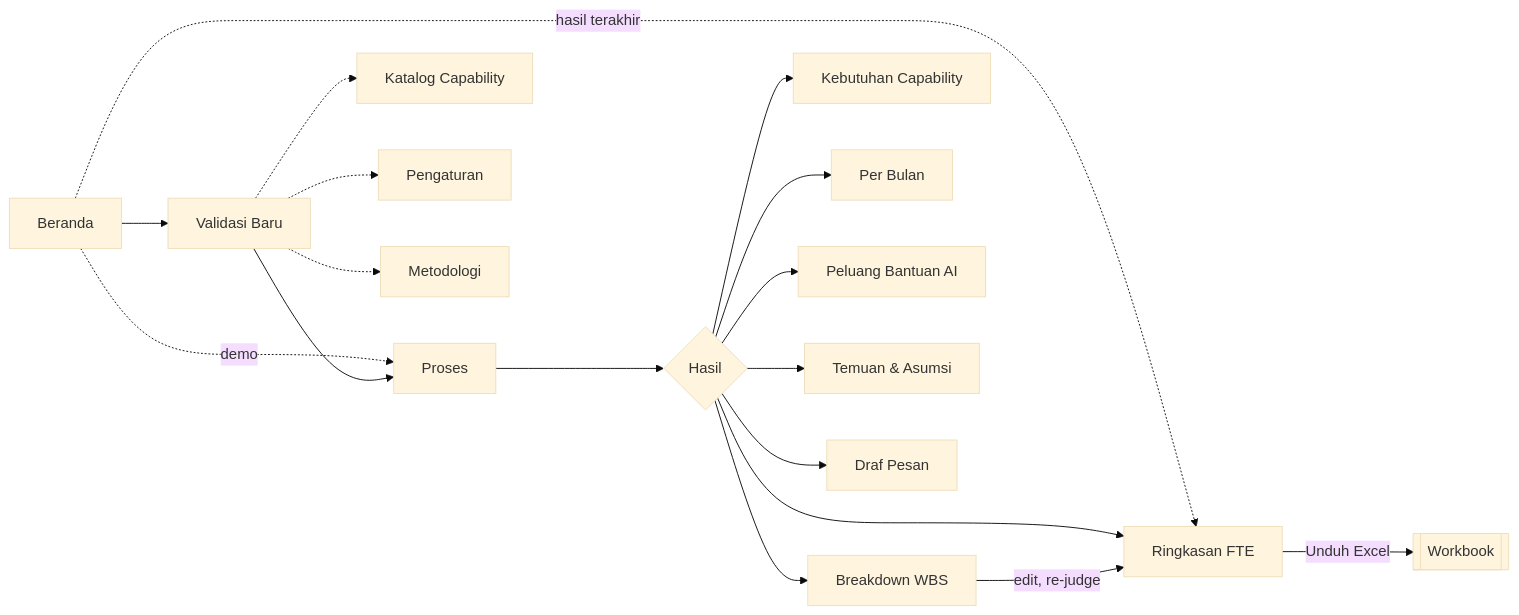
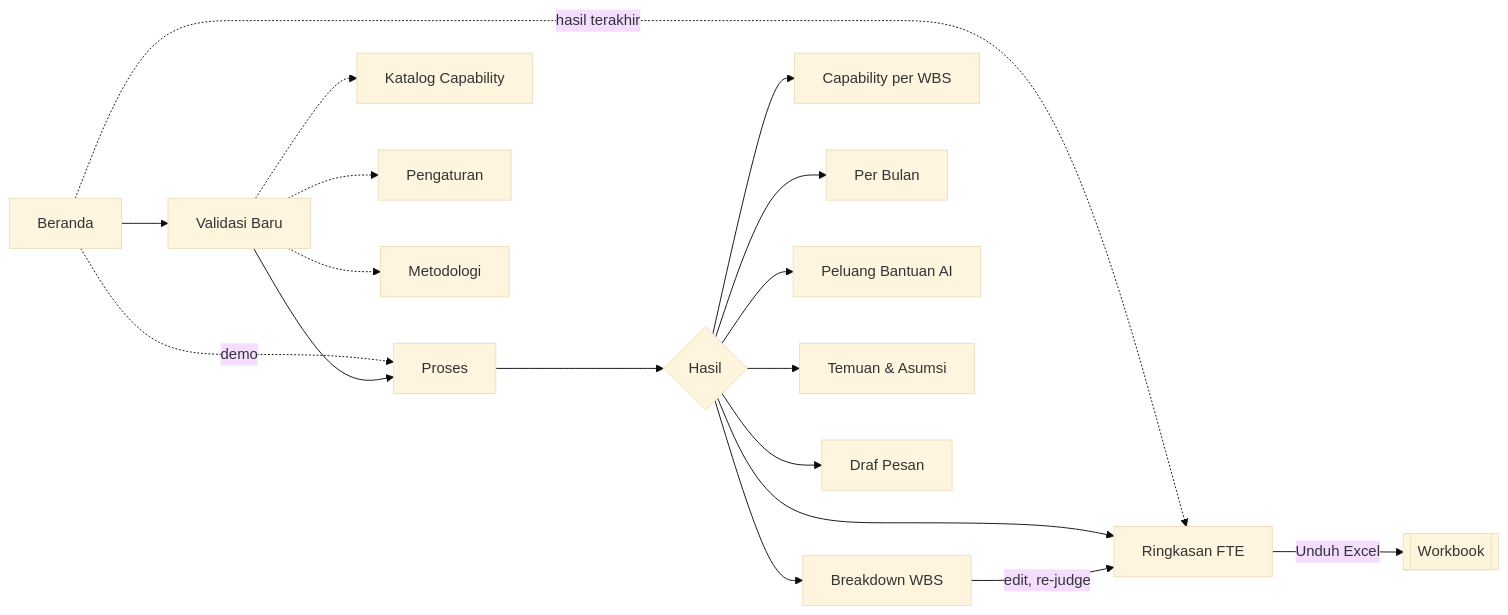
One commit to adryanra97/talent-estimation-agent changed the diagram in docs/03-design/user-interface.md. Above: the diagram before and after it, drawn with Mermaid (base theme). The commit also changed other lines of this file and 16 other files, not shown here.

First line of the commit message:
refactor: capability list per WBS item without levels

````diff
--- a/docs/03-design/user-interface.md
+++ b/docs/03-design/user-interface.md
@@ -5,20 +5,20 @@
 ```mermaid
 flowchart LR
     B[Beranda] --> V[Validasi Baru]
     B -.->|demo| P
     B -.->|hasil terakhir| H1
     V --> P[Proses]
     P --> H{Hasil}
     H --> H1[Ringkasan FTE]
     H --> H2[Breakdown WBS]
-    H --> H7[Kebutuhan Capability]
+    H --> H7[Capability per WBS]
     H --> H3[Per Bulan]
     H --> H4[Peluang Bantuan AI]
     H --> H5[Temuan & Asumsi]
     H --> H6[Draf Pesan]
     V -.-> K[Katalog Capability]
     V -.-> S[Pengaturan]
     V -.-> M[Metodologi]
     H2 -->|edit, re-judge| H1
     H1 -->|Unduh Excel| X[[Workbook]]
 ```
````
